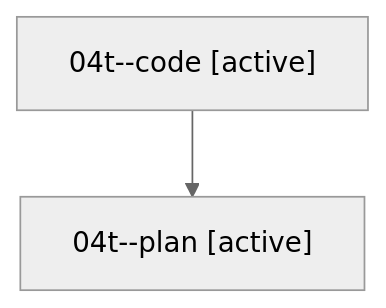
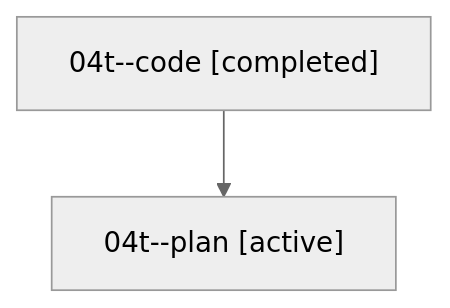
Before and after one commit to sase-org/sase--agents: the diagram in families/bbugyi200.athena.04t.md, drawn with Mermaid (neutral theme). The commit also changed other lines of this file and 35830 other files, not shown here.

````diff
--- a/families/bbugyi200.athena.04t.md
+++ b/families/bbugyi200.athena.04t.md
@@ -9,6 +9,6 @@
 ```mermaid
 flowchart TD
-  n0["04t--code [active]"]
+  n0["04t--code [completed]"]
   n1["04t--plan [active]"]
   n0 --> n1
 ```
````
